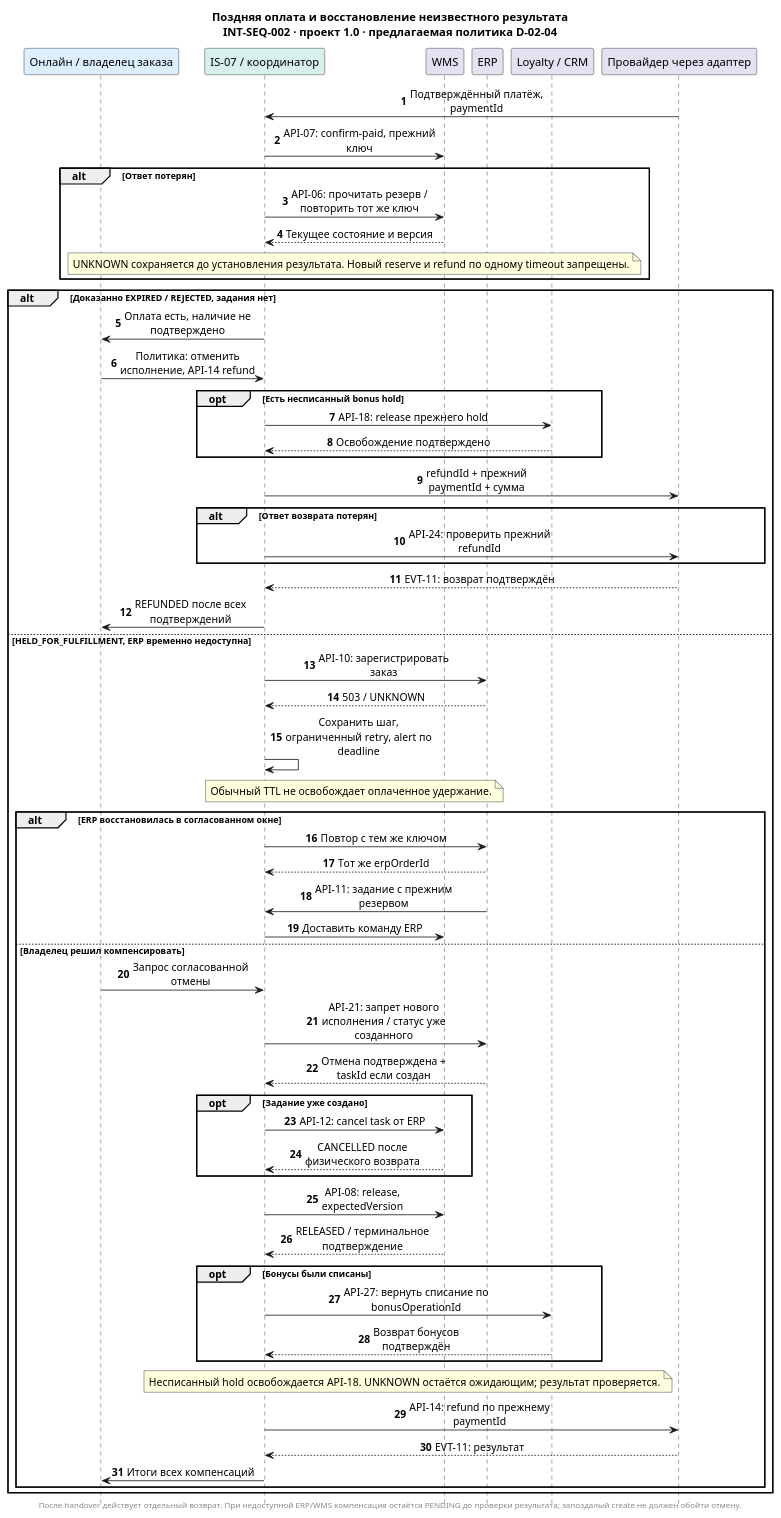
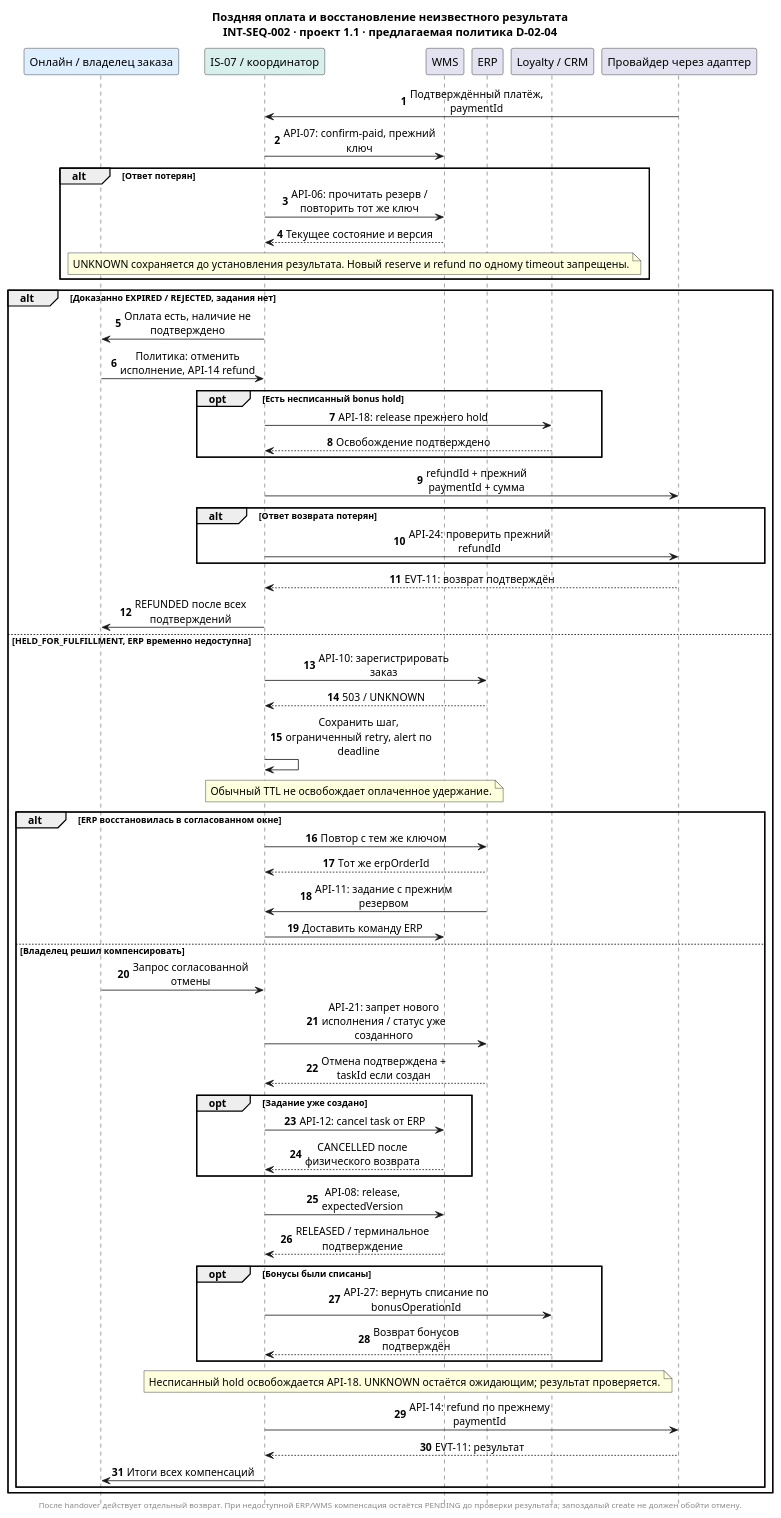
Before and after one commit to rsingatulin/hse_architecture: the diagram in 06_integration_architecture/diagrams/INT-SEQ-002-payment-recovery.puml, drawn with PlantUML. The commit also changed 27 other files, not shown here.

```diff
--- a/06_integration_architecture/diagrams/INT-SEQ-002-payment-recovery.puml
+++ b/06_integration_architecture/diagrams/INT-SEQ-002-payment-recovery.puml
@@ -1,67 +1,67 @@
 @startuml INT-SEQ-002-payment-recovery
 skinparam backgroundColor white
 skinparam defaultFontName Arial
 skinparam shadowing false
 skinparam sequenceMessageAlign center
 skinparam maxMessageSize 195
 hide footbox
 autonumber
-title Поздняя оплата и восстановление неизвестного результата\nINT-SEQ-002 · проект 1.0 · предлагаемая политика D-02–04
+title Поздняя оплата и восстановление неизвестного результата\nINT-SEQ-002 · проект 1.1 · предлагаемая политика D-02–04
 participant "Онлайн / владелец заказа" as EC #DDEEFF
 participant "IS-07 / координатор" as IP #D8F0EC
 participant "WMS" as WMS
 participant "ERP" as ERP
 participant "Loyalty / CRM" as Loyalty
 participant "Провайдер через адаптер" as Pay
 Pay -> IP: Подтверждённый платёж, paymentId
 IP -> WMS: API-07: confirm-paid, прежний ключ
 alt Ответ потерян
  IP -> WMS: API-06: прочитать резерв / повторить тот же ключ
  WMS --> IP: Текущее состояние и версия
  note over IP,WMS: UNKNOWN сохраняется до установления результата. Новый reserve и refund по одному timeout запрещены.
 end
 alt Доказанно EXPIRED / REJECTED, задания нет
  IP -> EC: Оплата есть, наличие не подтверждено
  EC -> IP: Политика: отменить исполнение, API-14 refund
  opt Есть несписанный bonus hold
   IP -> Loyalty: API-18: release прежнего hold
   Loyalty --> IP: Освобождение подтверждено
  end
  IP -> Pay: refundId + прежний paymentId + сумма
  alt Ответ возврата потерян
   IP -> Pay: API-24: проверить прежний refundId
  end
  Pay --> IP: EVT-11: возврат подтверждён
  IP -> EC: REFUNDED после всех подтверждений
 else HELD_FOR_FULFILLMENT, ERP временно недоступна
  IP -> ERP: API-10: зарегистрировать заказ
  ERP --> IP: 503 / UNKNOWN
  IP -> IP: Сохранить шаг, ограниченный retry, alert по deadline
  note over IP,WMS: Обычный TTL не освобождает оплаченное удержание.
  alt ERP восстановилась в согласованном окне
   IP -> ERP: Повтор с тем же ключом
   ERP --> IP: Тот же erpOrderId
   ERP -> IP: API-11: задание с прежним резервом
   IP -> WMS: Доставить команду ERP
  else Владелец решил компенсировать
   EC -> IP: Запрос согласованной отмены
   IP -> ERP: API-21: запрет нового исполнения / статус уже созданного
   ERP --> IP: Отмена подтверждена + taskId если создан
   opt Задание уже создано
    IP -> WMS: API-12: cancel task от ERP
    WMS --> IP: CANCELLED после физического возврата
   end
   IP -> WMS: API-08: release, expectedVersion
   WMS --> IP: RELEASED / терминальное подтверждение
   opt Бонусы были списаны
    IP -> Loyalty: API-27: вернуть списание по bonusOperationId
    Loyalty --> IP: Возврат бонусов подтверждён
   end
   note over IP,Loyalty: Несписанный hold освобождается API-18. UNKNOWN остаётся ожидающим; результат проверяется.
   IP -> Pay: API-14: refund по прежнему paymentId
   Pay --> IP: EVT-11: результат
   IP -> EC: Итоги всех компенсаций
  end
 end
 footer После handover действует отдельный возврат. При недоступной ERP/WMS компенсация остаётся PENDING до проверки результата; запоздалый create не должен обойти отмену.
 @enduml
```
